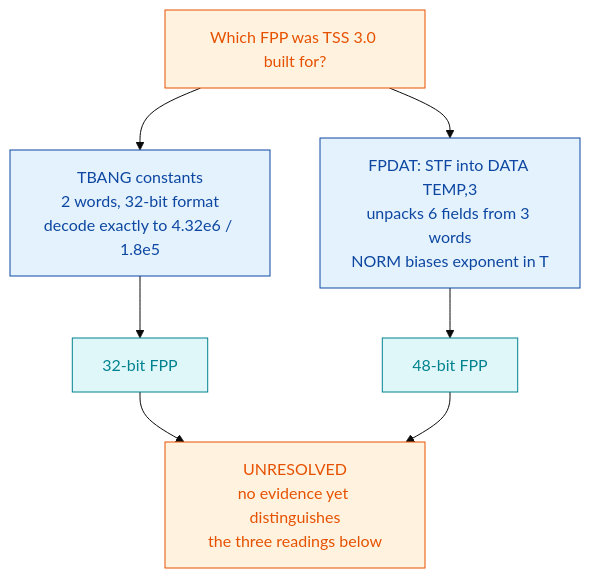
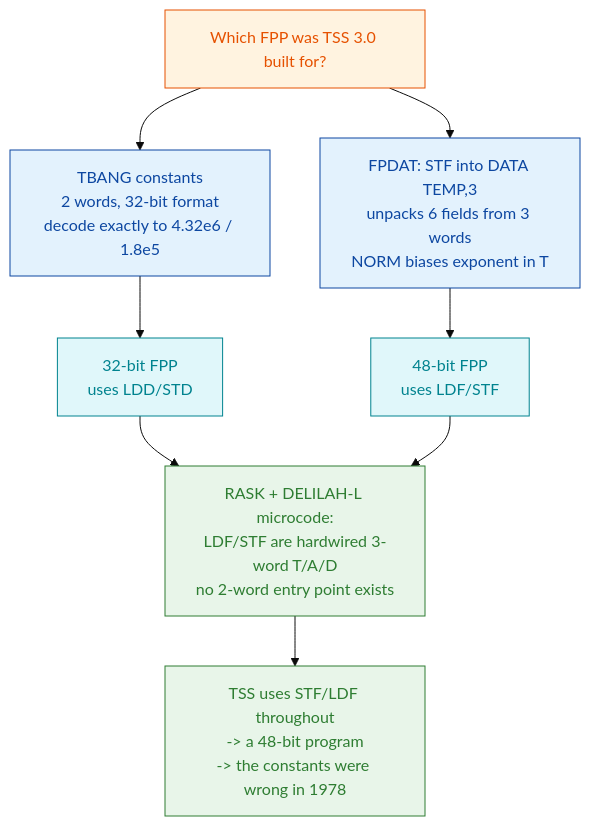
One commit to RetroCoreLabs/TSS changed the diagram in docs/TSS-FLOAT-FORMAT.md. Above: the diagram before and after it, drawn with Mermaid (base theme). The commit also changed other lines of this file and 2 other files, not shown here.

````diff
--- a/docs/TSS-FLOAT-FORMAT.md
+++ b/docs/TSS-FLOAT-FORMAT.md
@@ -151,21 +157,25 @@
 ```mermaid
 flowchart TD
     Q["Which FPP was TSS 3.0 built for?"]
     A["TBANG constants<br/>2 words, 32-bit format<br/>decode exactly to 4.32e6 / 1.8e5"]
     B["FPDAT: STF into DATA TEMP,3<br/>unpacks 6 fields from 3 words<br/>NORM biases exponent in T"]
-    C["32-bit FPP"]
-    D["48-bit FPP"]
-    E["UNRESOLVED<br/>no evidence yet distinguishes<br/>the three readings below"]
+    C["32-bit FPP<br/>uses LDD/STD"]
+    D["48-bit FPP<br/>uses LDF/STF"]
+    E["RASK + DELILAH-L microcode:<br/>LDF/STF are hardwired 3-word T/A/D<br/>no 2-word entry point exists"]
+    F["TSS uses STF/LDF throughout<br/>-> a 48-bit program<br/>-> the constants were wrong in 1978"]
 
     Q --> A --> C
     Q --> B --> D
     C --> E
     D --> E
+    E --> F
 
     classDef src fill:#E3F2FD,stroke:#0D47A1,color:#0D47A1
     classDef mid fill:#E0F7FA,stroke:#00838F,color:#00838F
     classDef open fill:#FFF3E0,stroke:#E65100,color:#E65100
+    classDef ok fill:#E8F5E9,stroke:#2E7D32,color:#2E7D32
     class A,B src
     class C,D mid
-    class Q,E open
+    class Q open
+    class E,F ok
 ```
````
